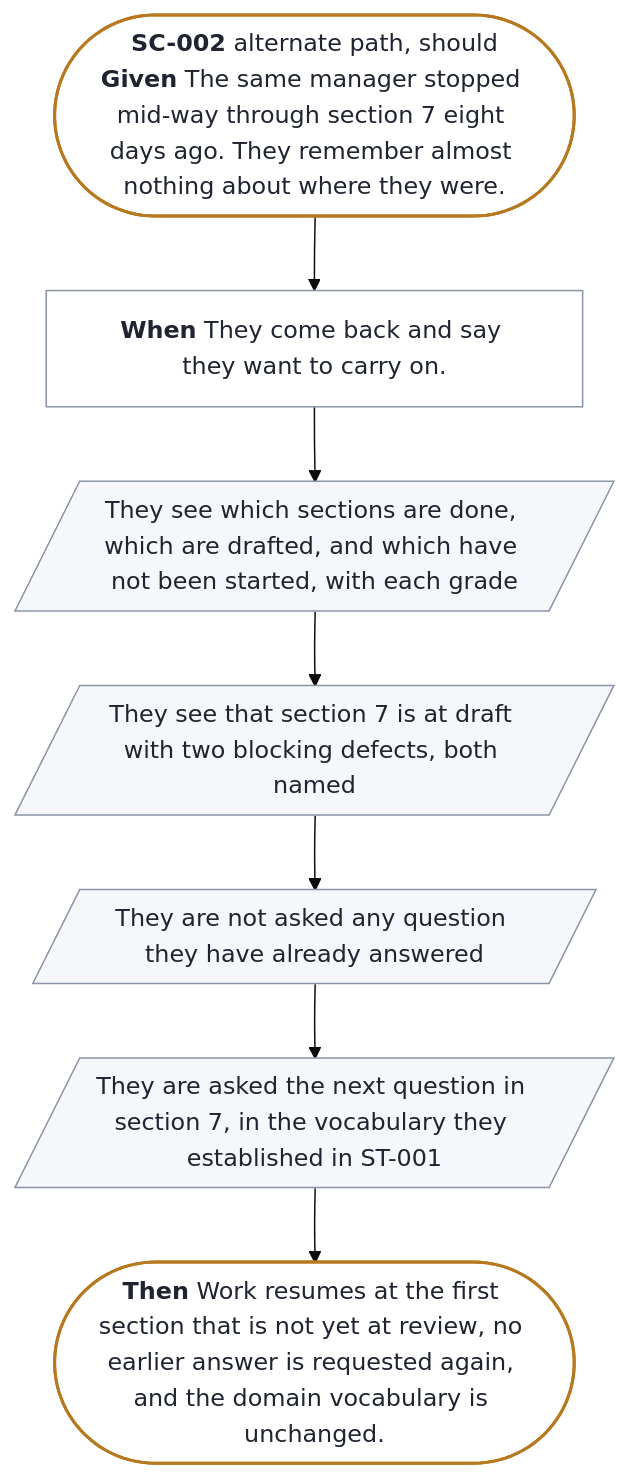
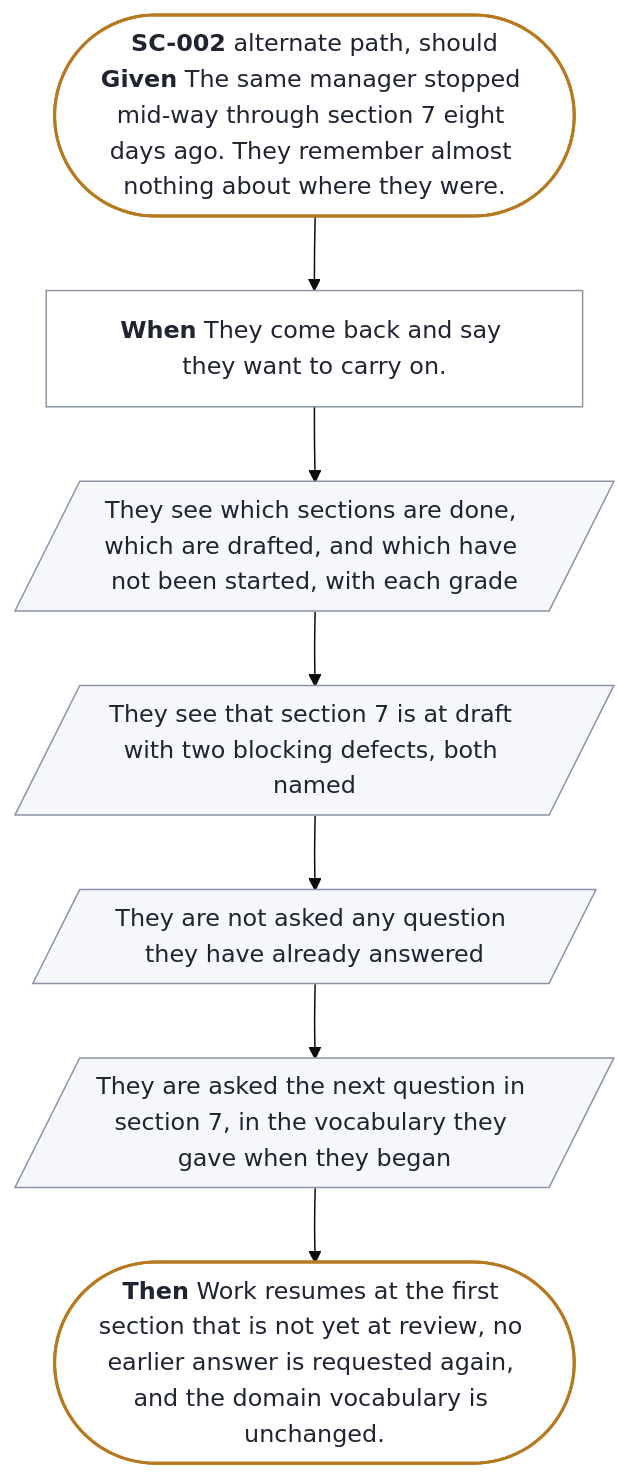
The diagram in docs/prd/prd-forge/diagrams/SC-002.mmd (SpillwaveSolutions/prd-forge), drawn with Mermaid (base theme) before and after one commit. The commit also changed 27 other files, not shown here.

```diff
--- a/docs/prd/prd-forge/diagrams/SC-002.mmd
+++ b/docs/prd/prd-forge/diagrams/SC-002.mmd
@@ -1,20 +1,20 @@
 %% Generated by prd-diagrams.mjs from the scenario front matter. Do not edit.
 %%{init: {"flowchart": {"wrappingWidth": 300}}}%%
 flowchart TB
   start(["<b>SC-002</b> alternate path, should<br/><b>Given</b> The same manager stopped mid-way through section 7 eight days ago. They remember almost nothing about where they were."])
   trigger["<b>When</b> They come back and say they want to carry on."]
   s0[/"They see which sections are done, which are drafted, and which have not been started, with each grade"/]
   s1[/"They see that section 7 is at draft with two blocking defects, both named"/]
   s2[/"They are not asked any question they have already answered"/]
-  s3[/"They are asked the next question in section 7, in the vocabulary they established in ST-001"/]
+  s3[/"They are asked the next question in section 7, in the vocabulary they gave when they began"/]
   done(["<b>Then</b> Work resumes at the first section that is not yet at review, no earlier answer is requested again, and the domain vocabulary is unchanged."])
   start --> trigger --> s0 --> s1 --> s2 --> s3 --> done
   classDef ends fill:#FFFFFF,stroke:#B7791F,stroke-width:2px,color:#1F2430
   classDef sees fill:#F5F7FA,stroke:#8A94A6,color:#1F2430
   classDef does fill:#FFFFFF,stroke:#8A94A6,color:#1F2430
   class start,done ends
   class s0 sees
   class s1 sees
   class s2 sees
   class s3 sees
   class trigger does
```
